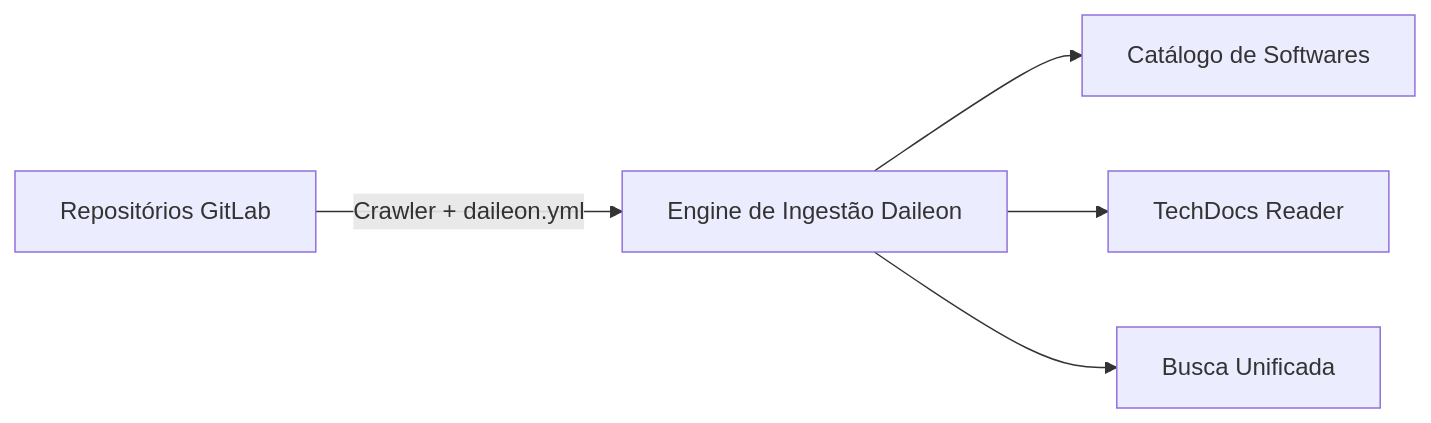
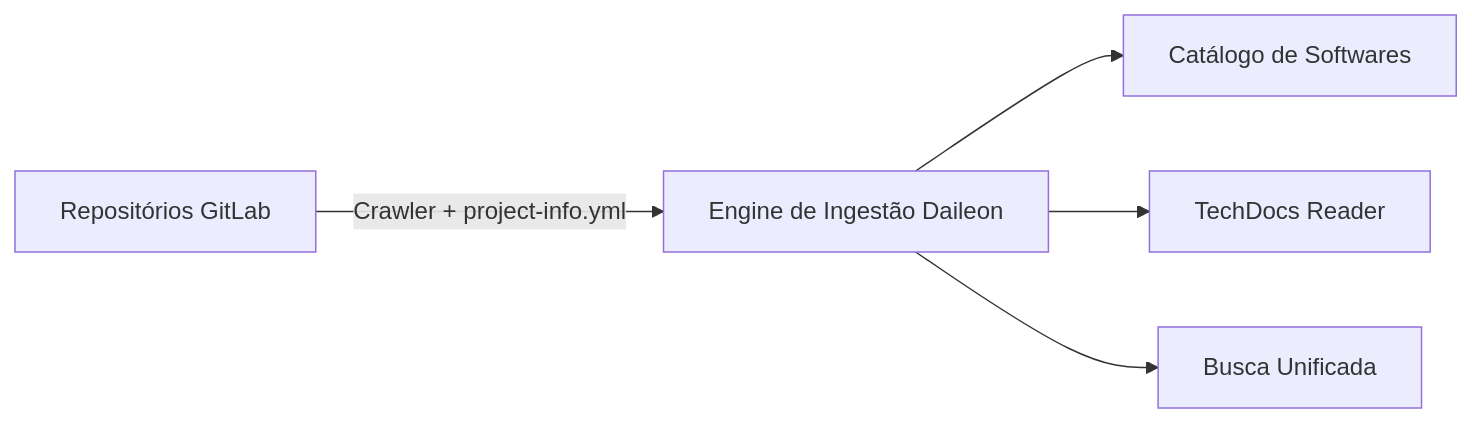
One commit to ricardoborges/Daileon changed the diagram in docs/index.md. Above: the diagram before and after it, drawn with Mermaid. The commit also changed other lines of this file and 22 other files, not shown here.

````diff
--- a/docs/index.md
+++ b/docs/index.md
@@ -13,7 +13,7 @@
 ```mermaid
 graph LR
-    A[Repositórios GitLab] -->|Crawler + daileon.yml| B[Engine de Ingestão Daileon]
+    A[Repositórios GitLab] -->|Crawler + project-info.yml| B[Engine de Ingestão Daileon]
     B --> C[Catálogo de Softwares]
     B --> D[TechDocs Reader]
     B --> E[Busca Unificada]
 ```
````
